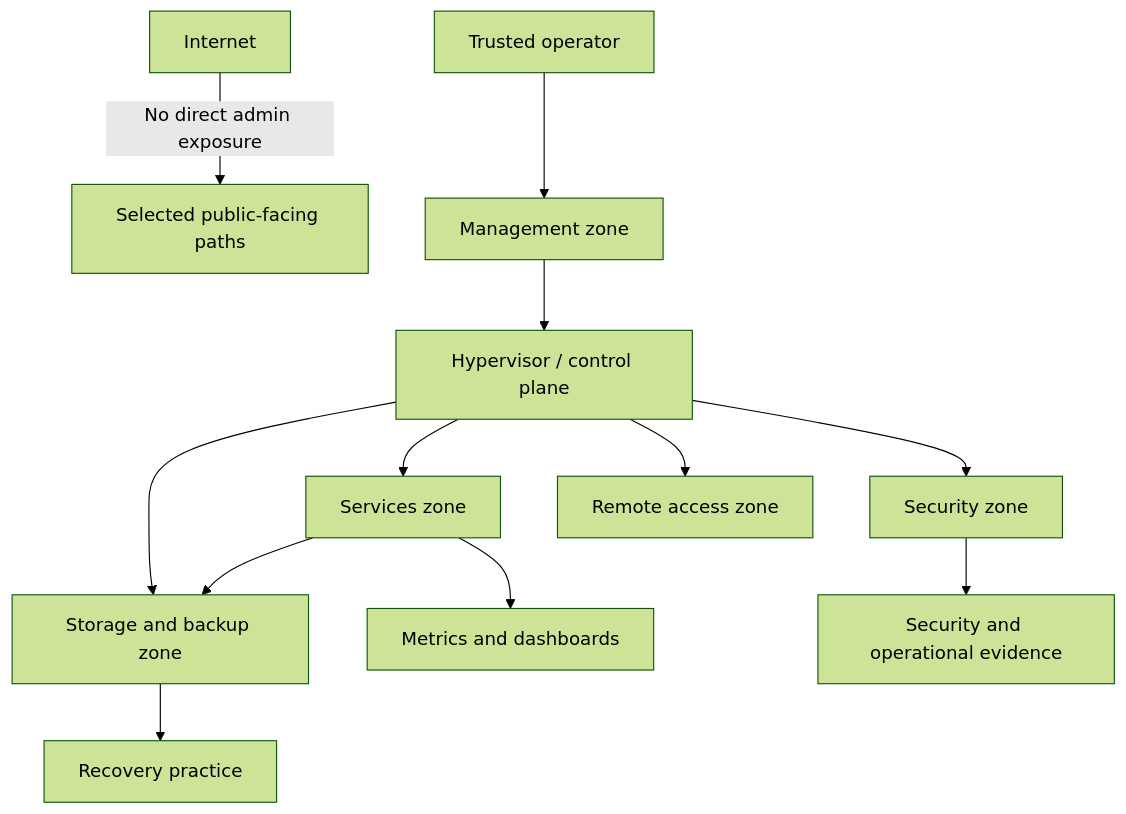
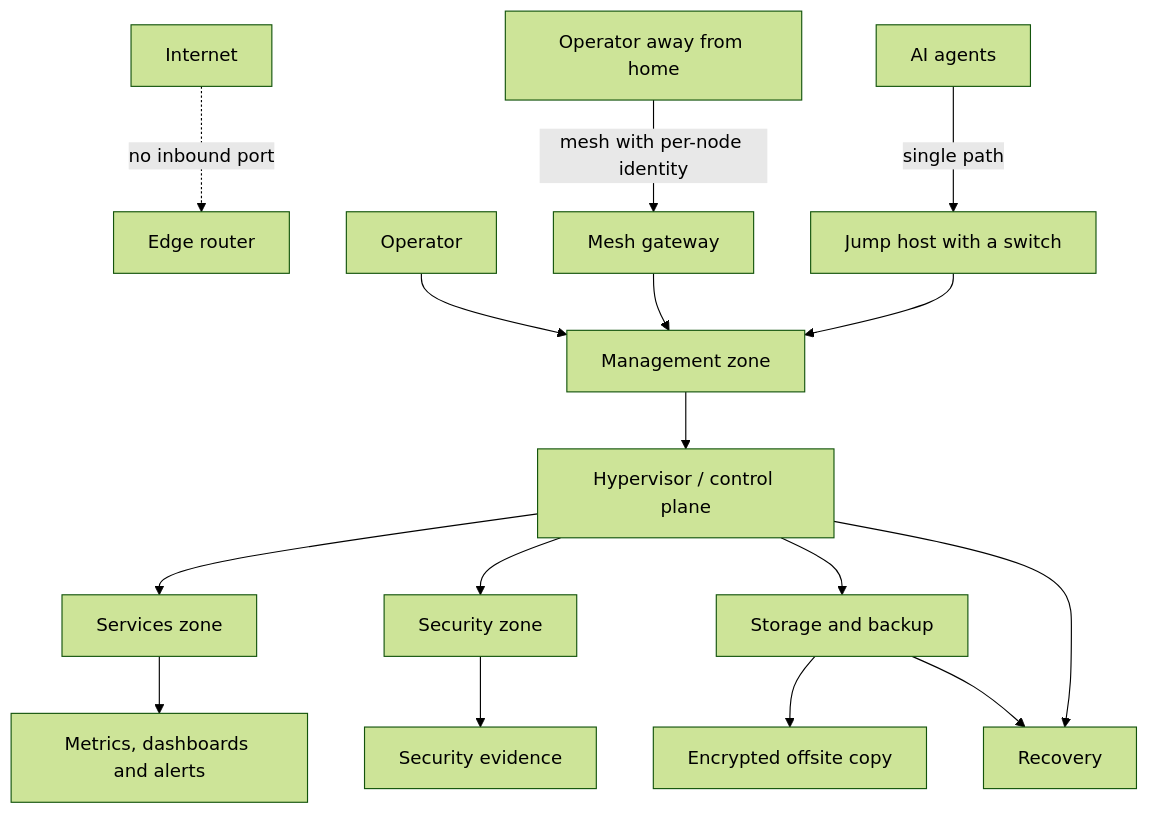
One commit to Nicolasperaltait/homelab changed the diagram in docs/en/00-executive-architecture.md. Above: the diagram before and after it, drawn with Mermaid (forest theme). The commit also changed other lines of this file and 16 other files, not shown here.

````diff
--- a/docs/en/00-executive-architecture.md
+++ b/docs/en/00-executive-architecture.md
@@ -22,16 +30,20 @@
 ```mermaid
 flowchart TB
-    Internet[Internet] -->|No direct admin exposure| Public[Selected public-facing paths]
-    Operator[Trusted operator] --> Mgmt[Management zone]
-    Mgmt --> Hypervisor[Hypervisor / control plane]
+    Internet[Internet] -.->|no inbound port| Edge[Edge router]
+    Operator[Operator] --> Mgmt[Management zone]
+    Remote[Operator away from home] -->|mesh with per-node identity| Gw[Mesh gateway]
+    Gw --> Mgmt
+    Agent[AI agents] -->|single path| Jump[Jump host with a switch]
+    Jump --> Mgmt
 
-    Hypervisor --> Services[Services zone]
-    Hypervisor --> Security[Security zone]
-    Hypervisor --> Storage[Storage and backup zone]
-    Hypervisor --> Remote[Remote access zone]
+    Mgmt --> HV[Hypervisor / control plane]
+    HV --> Services[Services zone]
+    HV --> Security[Security zone]
+    HV --> Storage[Storage and backup]
+    HV --> DR[Recovery]
 
-    Services --> Observability[Metrics and dashboards]
-    Services --> Storage
-    Security --> Evidence[Security and operational evidence]
-    Storage --> Recovery[Recovery practice]
+    Services --> Obs[Metrics, dashboards and alerts]
+    Security --> Evidence[Security evidence]
+    Storage --> Offsite[Encrypted offsite copy]
+    Storage --> DR
 ```
````
